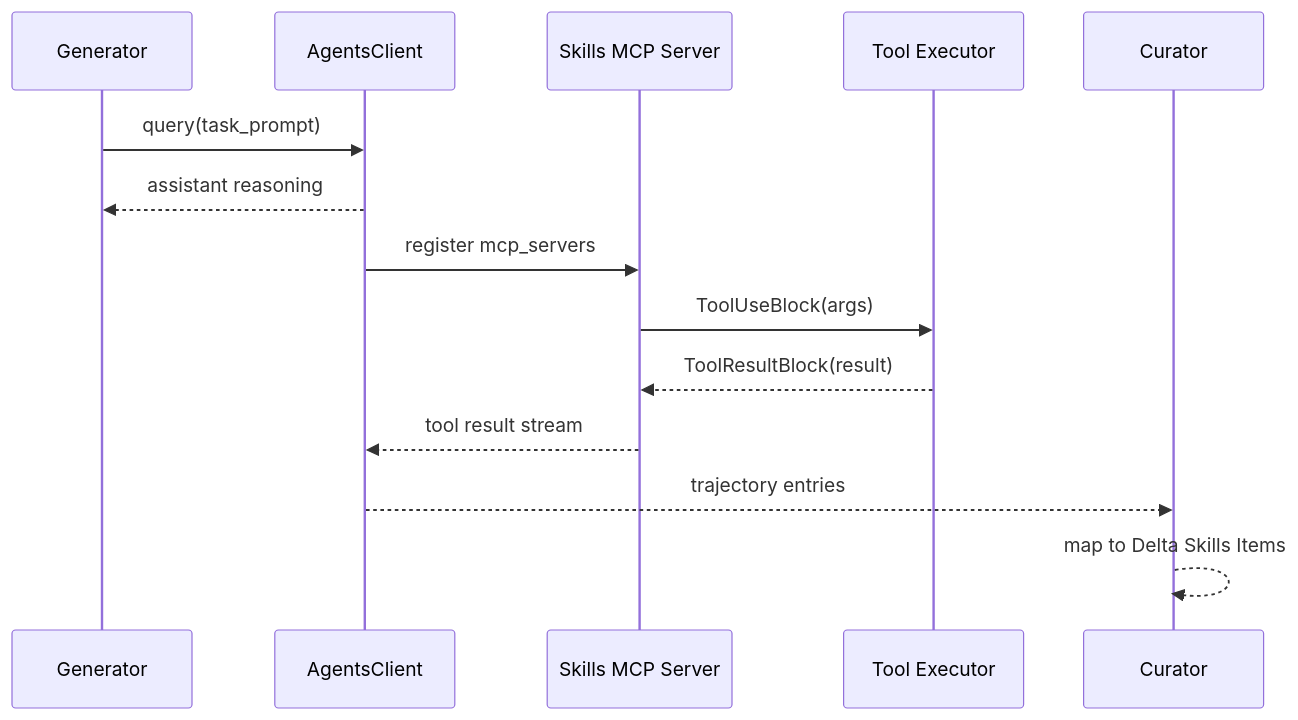
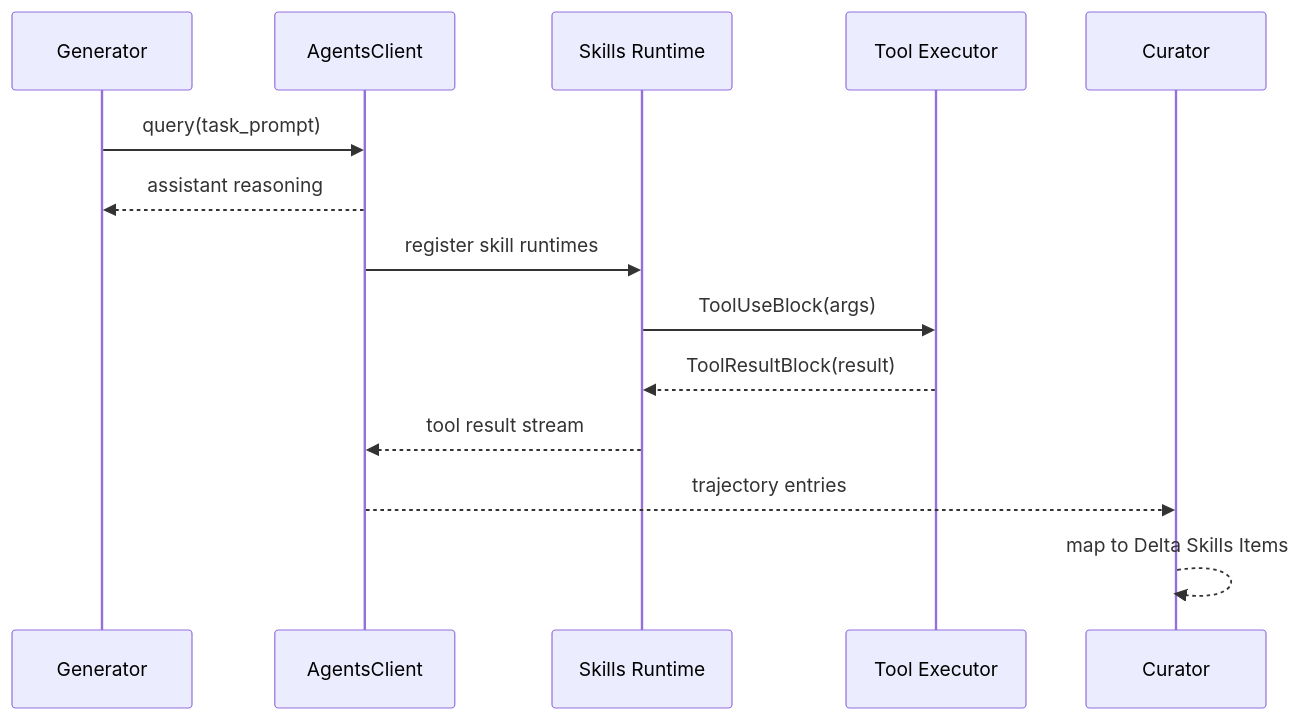
Before and after one commit to RawleySM/agentic-context-engine: the second of 4 diagrams in docs/ACEskills_plan.md, drawn with Mermaid. The commit also changed other lines of this file, not shown here.

Commit message:
Remove MCP server references from skills plan

````diff
--- a/docs/ACEskills_plan.md
+++ b/docs/ACEskills_plan.md
@@ -184,17 +183,17 @@
 ```mermaid
 sequenceDiagram
     participant Generator
     participant AgentsClient as AgentsClient
-    participant SkillsLoop as Skills MCP Server
+    participant SkillsLoop as Skills Runtime
     participant Tool as Tool Executor
     participant Curator
 
     Generator->>AgentsClient: query(task_prompt)
     AgentsClient-->>Generator: assistant reasoning
-    AgentsClient->>SkillsLoop: register mcp_servers
+    AgentsClient->>SkillsLoop: register skill runtimes
     SkillsLoop->>Tool: ToolUseBlock(args)
     Tool-->>SkillsLoop: ToolResultBlock(result)
     SkillsLoop-->>AgentsClient: tool result stream
     AgentsClient-->>Curator: trajectory entries
     Curator-->>Curator: map to Delta Skills Items
 ```
````
